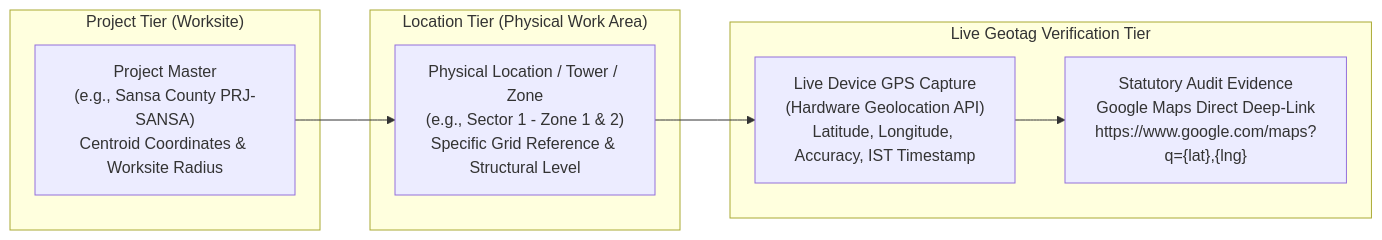
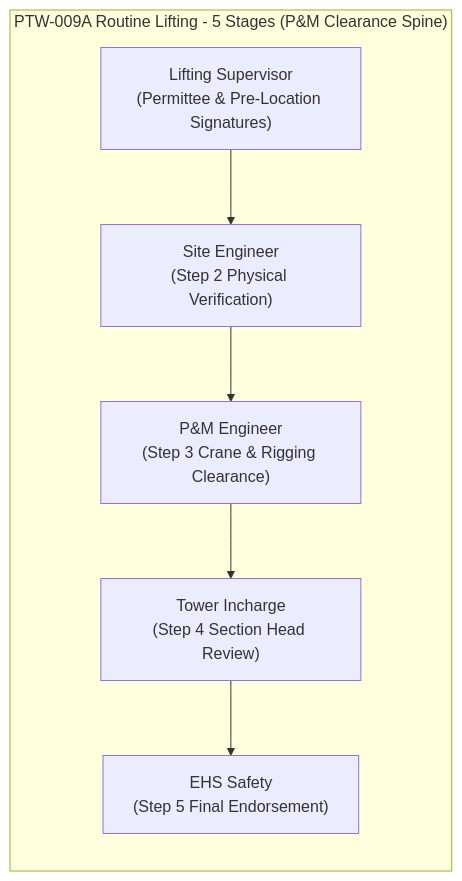
One commit to Auro-Realty/arpl-ehs-ptw changed diagram 13 of 44 in README.md. Above: the diagram before and after it, drawn with Mermaid. The commit also changed other lines of this file and 5 other files, not shown here.

````diff
--- a/README.md
+++ b/README.md
@@ -189,19 +616,9 @@
 ```mermaid
-flowchart LR
-    subgraph Macro ["Project Tier (Worksite)"]
-        PRJ["Project Master<br/>(e.g., Sansa County PRJ-SANSA)<br/>Centroid Coordinates & Worksite Radius"]
+graph LR
+    subgraph "PTW-009A Routine Lifting - 5 Stages (P&M Clearance Spine)"
+        LS1["Lifting Supervisor<br/>(Permittee & Pre-Location Signatures)"] --> LS2["Site Engineer<br/>(Step 2 Physical Verification)"]
+        LS2 --> LS3["P&M Engineer<br/>(Step 3 Crane & Rigging Clearance)"]
+        LS3 --> LS4["Tower Incharge<br/>(Step 4 Section Head Review)"]
+        LS4 --> LS5["EHS Safety<br/>(Step 5 Final Endorsement)"]
     end
-
-    subgraph Micro ["Location Tier (Physical Work Area)"]
-        LOC["Physical Location / Tower / Zone<br/>(e.g., Sector 1 - Zone 1 & 2)<br/>Specific Grid Reference & Structural Level"]
-    end
-
-    subgraph Geotag ["Live Geotag Verification Tier"]
-        GPS["Live Device GPS Capture<br/>(Hardware Geolocation API)<br/>Latitude, Longitude, Accuracy, IST Timestamp"]
-        MAP["Statutory Audit Evidence<br/>Google Maps Direct Deep-Link<br/>https://www.google.com/maps?q={lat},{lng}"]
-    end
-
-    PRJ --> LOC
-    LOC --> GPS
-    GPS --> MAP
 ```
````
